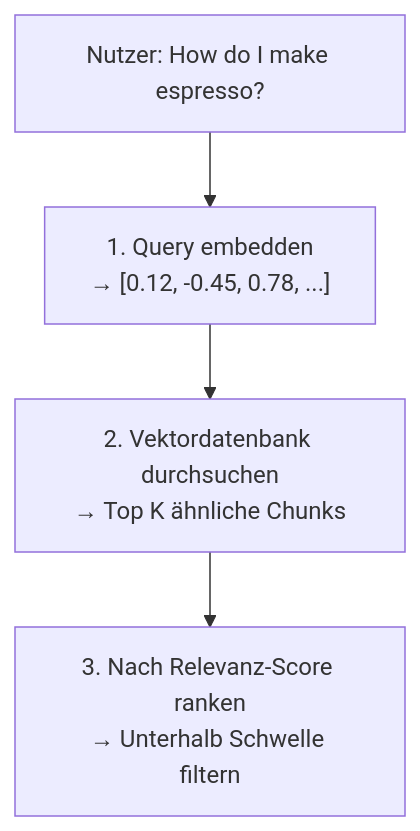
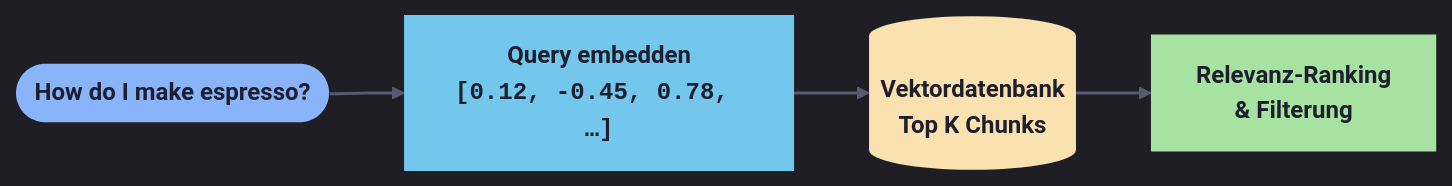
One commit to AliMoinzadeh/Dojo.RAG changed the third of 4 diagrams in docs/presentation.de.md. Above: the diagram before and after it, drawn with Mermaid. The commit also changed other lines of this file and 1 other file, not shown here.

Commit message:
improve mermaid diagrams

````diff
--- a/docs/presentation.de.md
+++ b/docs/presentation.de.md
@@ -525,6 +563,22 @@
 ```mermaid
-flowchart TB
-  Q["Nutzer: How do I make espresso?"] --> E["1. Query embedden<br/>→ [0.12, -0.45, 0.78, ...]"]
-  E --> S["2. Vektordatenbank durchsuchen<br/>→ Top K ähnliche Chunks"]
-  S --> R["3. Nach Relevanz-Score ranken<br/>→ Unterhalb Schwelle filtern"]
+%%{init: {'theme': 'dark', 'themeVariables': {'primaryColor': '#313244', 'primaryTextColor': '#cdd6f4', 'lineColor': '#6c7086', 'fontSize': '16px'}}}%%
+flowchart LR
+  Q(["How do I make espresso?"])
+  E["Query embedden<br/><code>[0.12, -0.45, 0.78, …]</code>"]
+  S[("Vektordatenbank<br/>Top K Chunks")]
+  R["Relevanz-Ranking<br/>& Filterung"]
+
+  Q --> E --> S --> R
+
+  classDef query fill:#89b4fa,color:#1e1e2e,stroke:none,font-weight:bold
+  classDef embed fill:#74c7ec,color:#1e1e2e,stroke:none,font-weight:bold
+  classDef search fill:#f9e2af,color:#1e1e2e,stroke:none,font-weight:bold
+  classDef rank fill:#a6e3a1,color:#1e1e2e,stroke:none,font-weight:bold
+
+  class Q query
+  class E embed
+  class S search
+  class R rank
+
+  linkStyle default stroke:#585b70,stroke-width:2px
 ```
````
